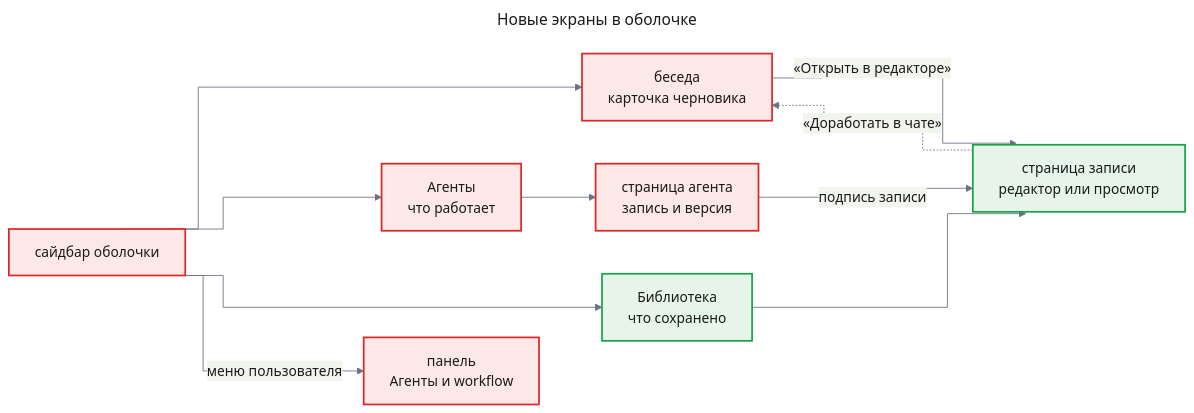
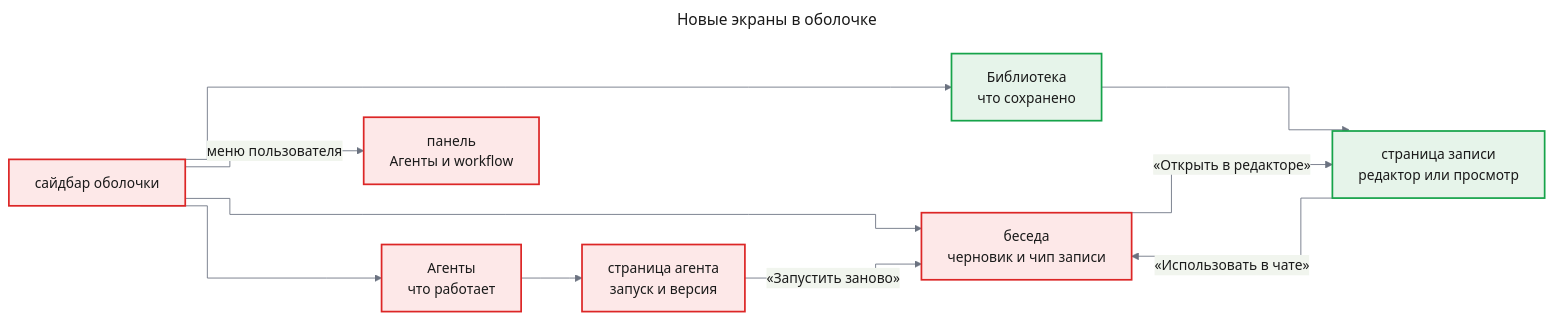
One commit to tundraray/agent-os changed the first of 5 diagrams in docs/features/custom-agents/uxrd.md. Above: the diagram before and after it, drawn with Mermaid. The commit also changed other lines of this file and 11 other files, not shown here.

````diff
--- a/docs/features/custom-agents/uxrd.md
+++ b/docs/features/custom-agents/uxrd.md
@@ -71,37 +74,36 @@
 ```mermaid
 ---
 title: "Новые экраны в оболочке"
 config:
   theme: base
   look: classic
   themeVariables:
     primaryColor: "#eef1f5"
     primaryBorderColor: "#4b5563"
     primaryTextColor: "#1a1a1a"
     lineColor: "#6b7280"
   flowchart:
     curve: step
 ---
 flowchart LR
     side["сайдбар оболочки"]
-    chat["беседа<br/>карточка черновика"]
+    chat["беседа<br/>черновик и чип записи"]
     agents["Агенты<br/>что работает"]
-    page["страница агента<br/>запись и версия"]
+    page["страница агента<br/>запуск и версия"]
     lib["Библиотека<br/>что сохранено"]
     rec["страница записи<br/>редактор или просмотр"]
     panel["панель<br/>Агенты и workflow"]
     side --> chat
     side --> agents
     side --> lib
     side -->|"меню пользователя"| panel
     agents --> page
     lib --> rec
     chat -->|"«Открыть в редакторе»"| rec
-    page -->|"подпись записи"| rec
-    rec -.->|"«Доработать в чате»"| chat
+    rec -->|"«Использовать в чате»"| chat
+    page -->|"«Запустить заново»"| chat
     classDef changed fill:#fde8e8,stroke:#dc2626,stroke-width:2px,color:#1a1a1a
     classDef new fill:#e6f4ea,stroke:#16a34a,stroke-width:2px,color:#1a1a1a
-    classDef unchanged fill:#eef1f5,stroke:#4b5563,stroke-width:1.5px,color:#1a1a1a
     class side,chat,agents,page,panel changed
     class lib,rec new
 ```
````
